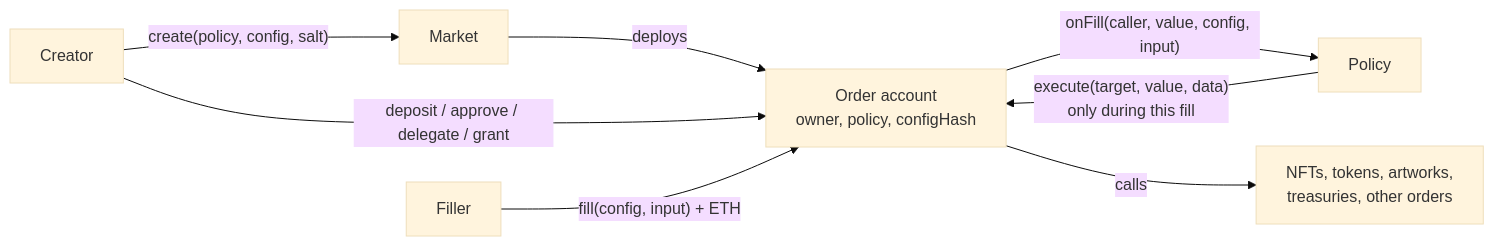
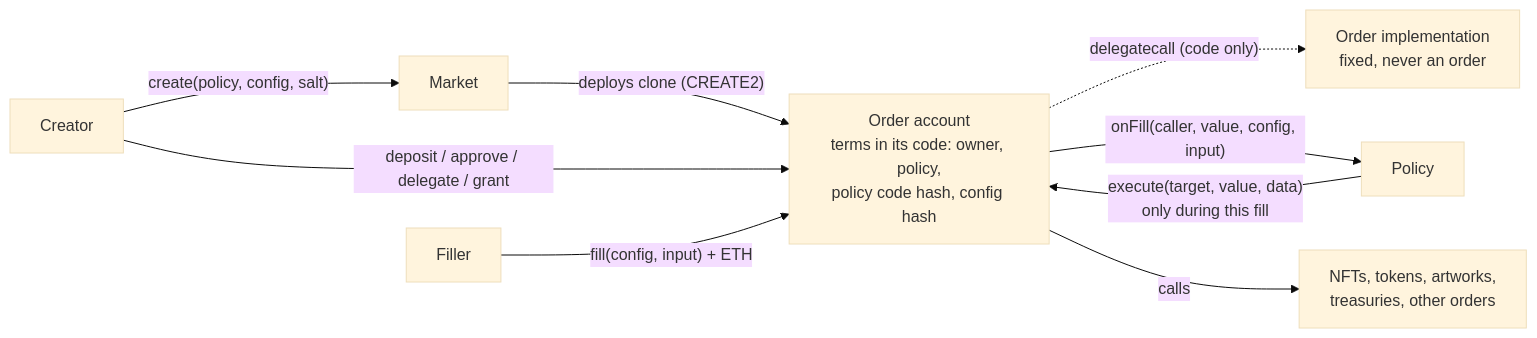
One commit to ripe0x/market changed the first of 3 diagrams in README.md. Above: the diagram before and after it, drawn with Mermaid (base theme). The commit also changed other lines of this file and 6 other files, not shown here.

First line of the commit message:
Document clones, policy code pin, FillVerifier and owner decisions; add LICENSE

````diff
--- a/README.md
+++ b/README.md
@@ -17,10 +17,11 @@
 ```mermaid
 flowchart LR
     C[Creator] -- "create(policy, config, salt)" --> M[Market]
-    M -- deploys --> O["Order account<br/>owner, policy, configHash"]
+    M -- "deploys clone (CREATE2)" --> O["Order account<br/>terms in its code: owner, policy,<br/>policy code hash, config hash"]
+    O -. "delegatecall (code only)" .-> I["Order implementation<br/>fixed, never an order"]
     C -- "deposit / approve / delegate / grant" --> O
     F[Filler] -- "fill(config, input) + ETH" --> O
     O -- "onFill(caller, value, config, input)" --> P[Policy]
     P -- "execute(target, value, data)<br/>only during this fill" --> O
     O -- calls --> T[NFTs, tokens, artworks,<br/>treasuries, other orders]
 ```
````
